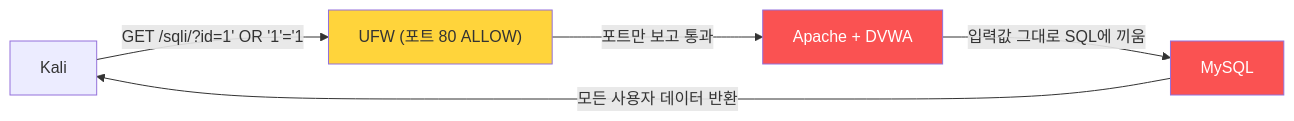
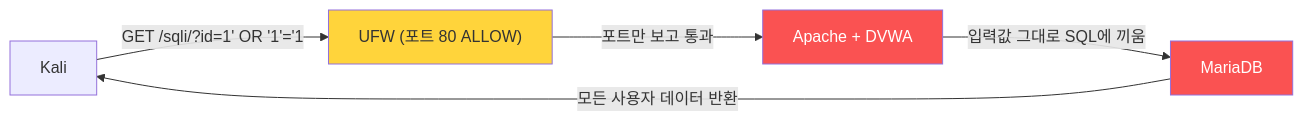
The third of 4 diagrams in _posts/securitysystem/2026-03-26-SecuritySystem-8-1.md (sbaek100/sbaek100.github.io), drawn with Mermaid before and after one commit. The commit also changed other lines of this file, not shown here.

Commit message:
Update DVWA setup to use MariaDB

````diff
--- a/_posts/securitysystem/2026-03-26-SecuritySystem-8-1.md
+++ b/_posts/securitysystem/2026-03-26-SecuritySystem-8-1.md
@@ -688,10 +782,10 @@
 ```mermaid
 flowchart LR
     K["Kali"] -->|"GET /sqli/?id=1' OR '1'='1"| FW["UFW (포트 80 ALLOW)"]
     FW -->|"포트만 보고 통과"| WEB["Apache + DVWA"]
-    WEB -->|"입력값 그대로 SQL에 끼움"| DB["MySQL"]
+    WEB -->|"입력값 그대로 SQL에 끼움"| DB["MariaDB"]
     DB -->|"모든 사용자 데이터 반환"| K
     style FW fill:#ffd43b,color:#333
     style WEB fill:#fa5252,color:#fff
     style DB fill:#fa5252,color:#fff
 ```
````
